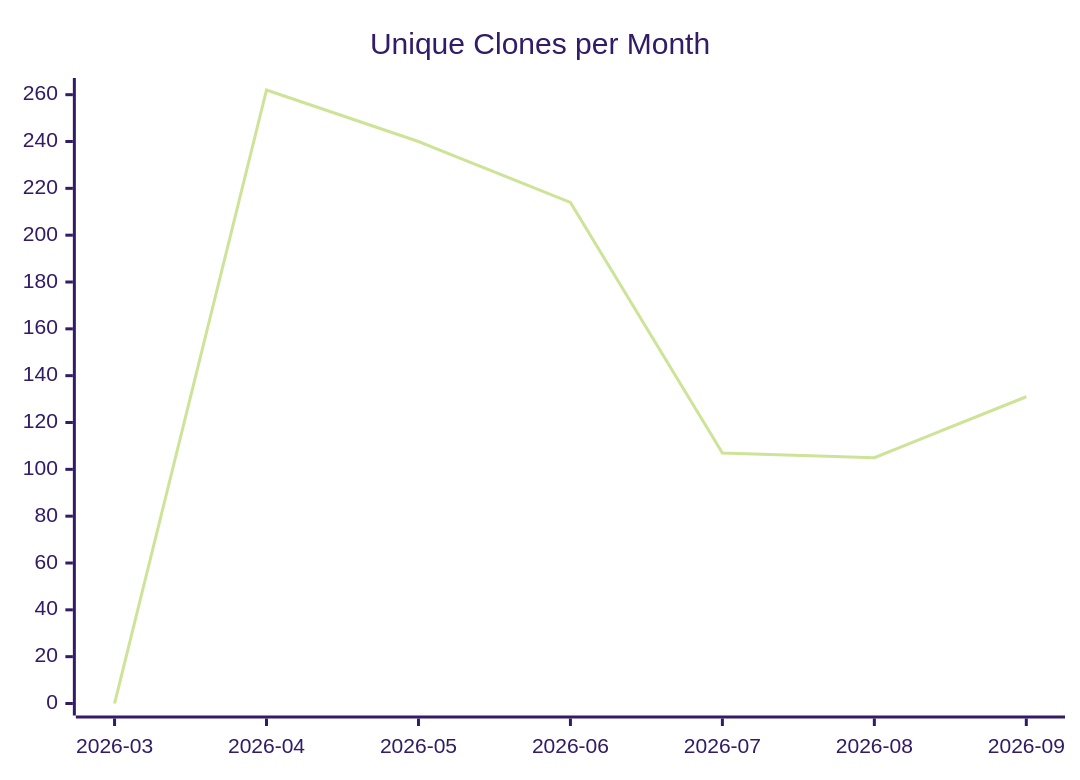
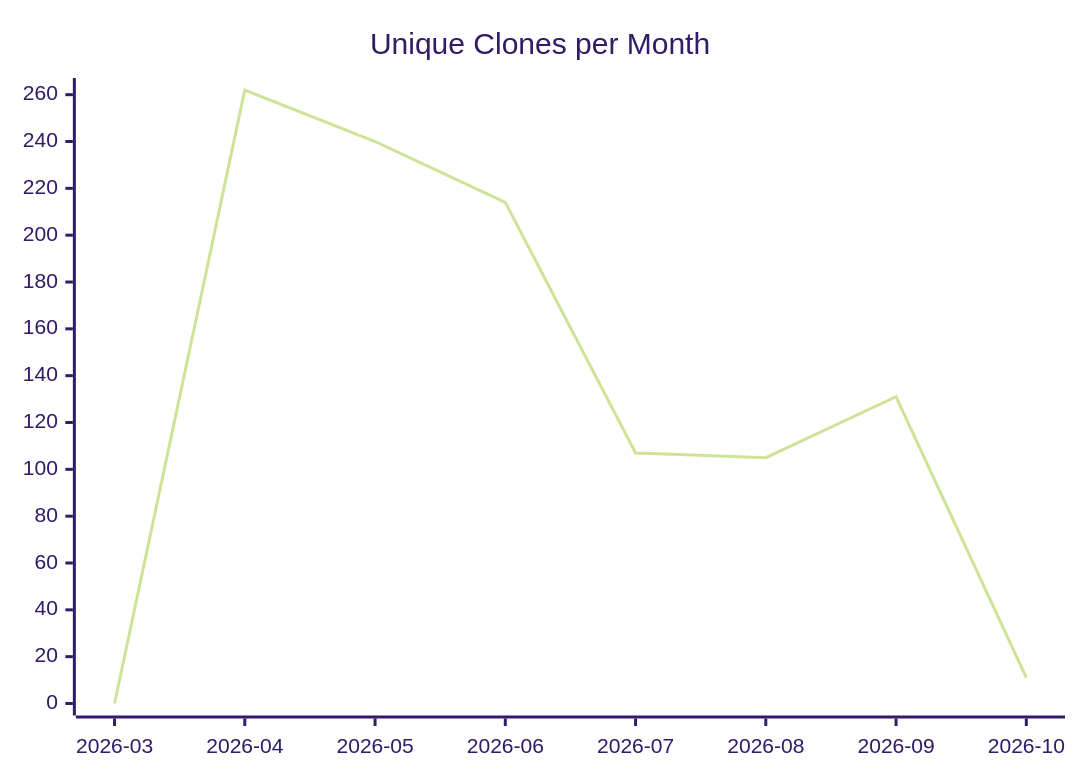
One commit to justdavis-family/github-analytics-data changed the third of 3 diagrams in justdavis-family/github-analytics-data/README.md. Above: the diagram before and after it, drawn with Mermaid (forest theme). The commit also changed other lines of this file and 202 other files, not shown here.

````diff
--- a/justdavis-family/github-analytics-data/README.md
+++ b/justdavis-family/github-analytics-data/README.md
@@ -19,6 +19,6 @@
 ```mermaid
 xychart-beta
   title "Unique Clones per Month"
-  x-axis ["2026-03", "2026-04", "2026-05", "2026-06", "2026-07", "2026-08", "2026-09"]
-  line [0, 262, 240, 214, 107, 105, 131]
+  x-axis ["2026-03", "2026-04", "2026-05", "2026-06", "2026-07", "2026-08", "2026-09", "2026-10"]
+  line [0, 262, 240, 214, 107, 105, 131, 11]
 ```
````
